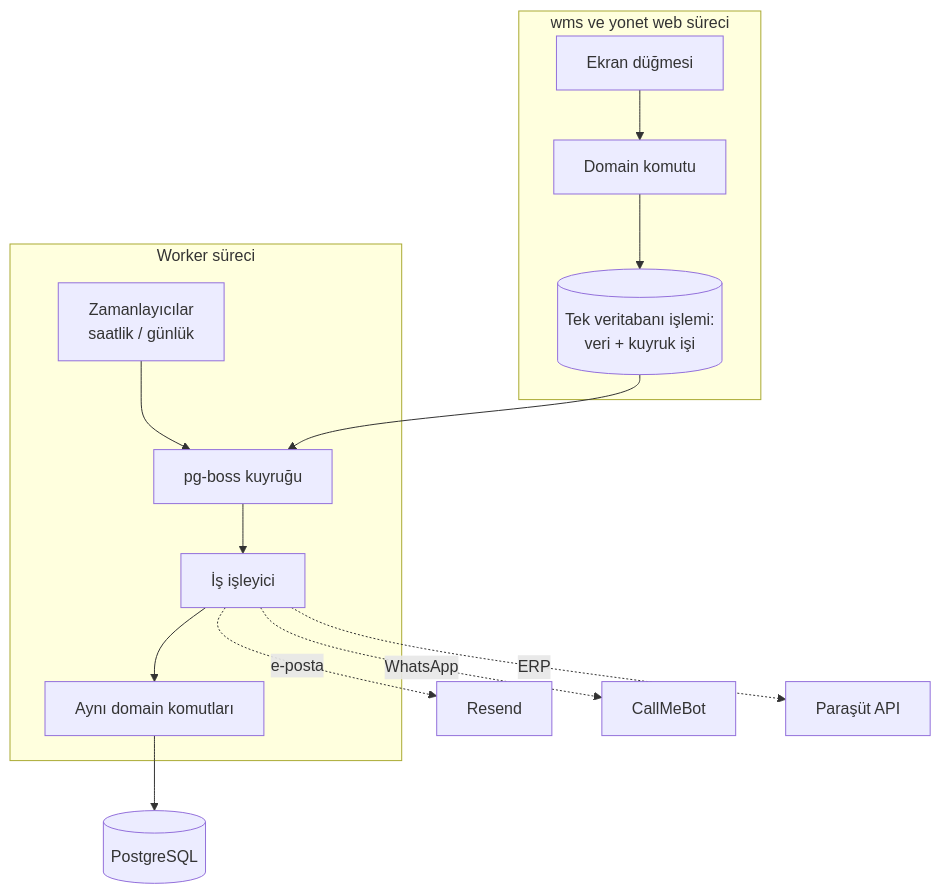
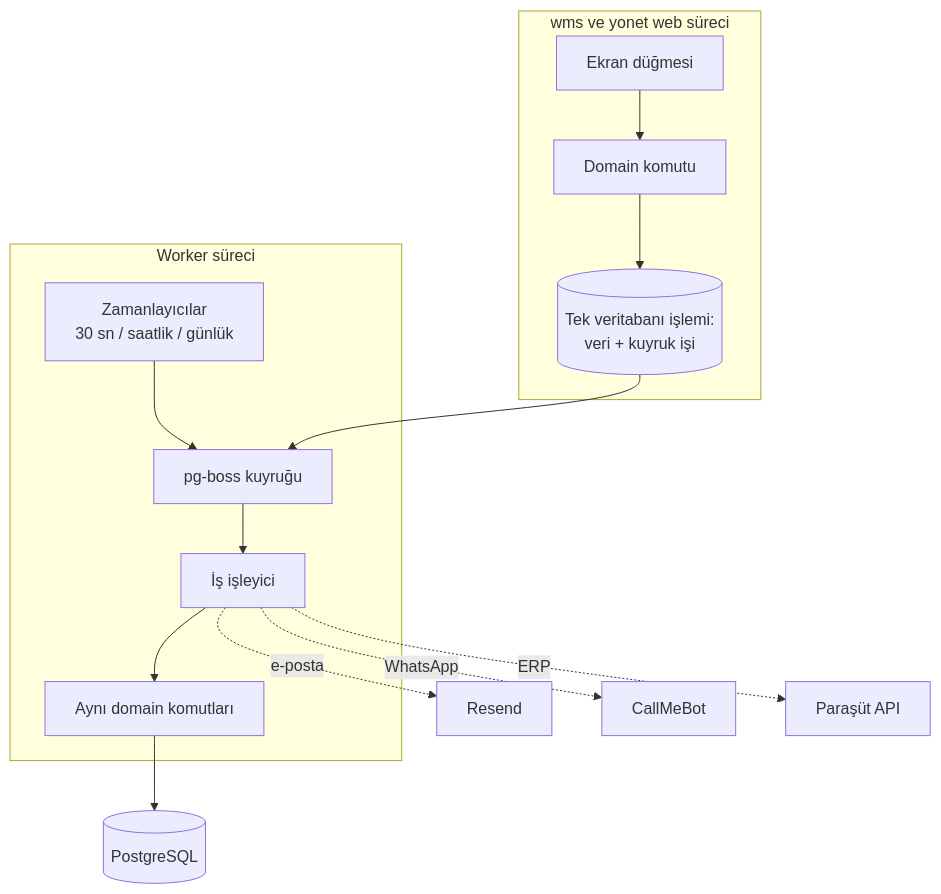
One commit to shosgoren/EtkinWMS changed diagram 13 of 13 in docs/fonksiyonel-mimari/02d-yonetim-paneli-site-entegrasyon.md. Above: the diagram before and after it, drawn with Mermaid. The commit also changed other lines of this file and 10 other files, not shown here.

````diff
--- a/docs/fonksiyonel-mimari/02d-yonetim-paneli-site-entegrasyon.md
+++ b/docs/fonksiyonel-mimari/02d-yonetim-paneli-site-entegrasyon.md
@@ -550,17 +670,17 @@
 ```mermaid
 flowchart TB
     subgraph Web[wms ve yonet web süreci]
       A1[Ekran düğmesi] --> A2[Domain komutu]
       A2 --> TX[(Tek veritabanı işlemi:<br/>veri + kuyruk işi)]
     end
     subgraph Worker[Worker süreci]
-      Z[Zamanlayıcılar<br/>saatlik / günlük] --> Q
+      Z[Zamanlayıcılar<br/>30 sn / saatlik / günlük] --> Q
       Q[pg-boss kuyruğu] --> J[İş işleyici]
       J --> D[Aynı domain komutları]
     end
     TX --> Q
     D --> DB[(PostgreSQL)]
     J -. e-posta .-> M[Resend]
     J -. WhatsApp .-> C[CallMeBot]
     J -. ERP .-> P[Paraşüt API]
 ```
````
